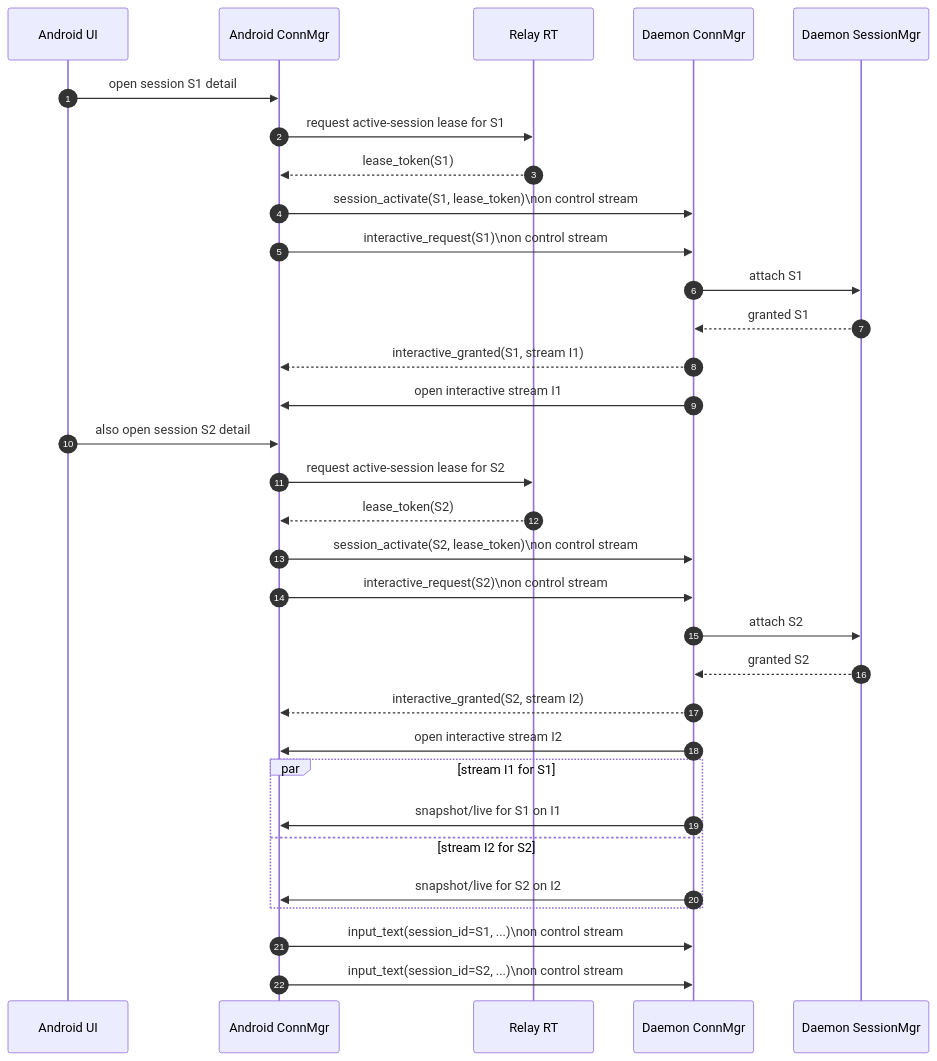
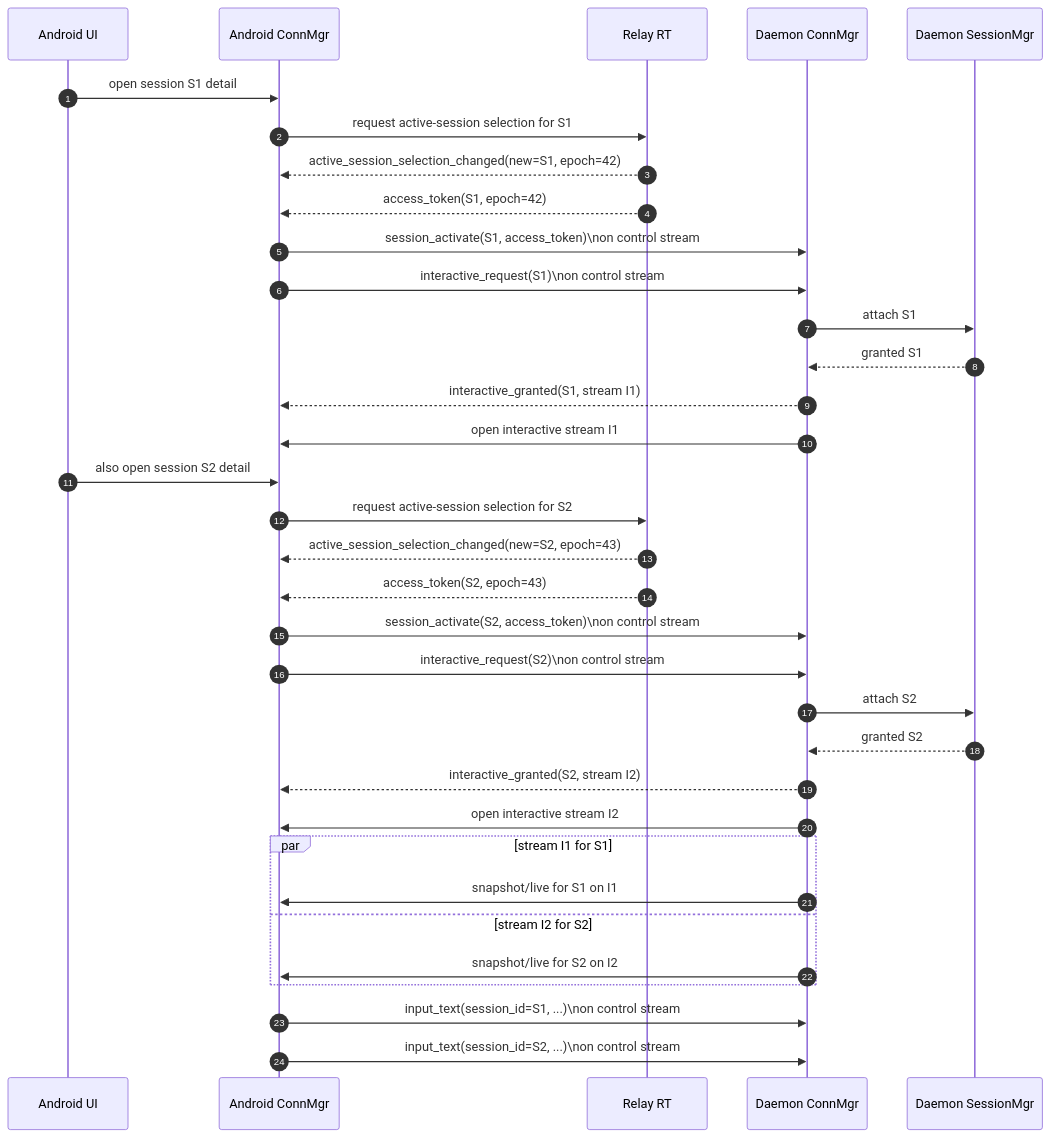
Before and after one commit to yuanbohan/agent-tunnel: the fifth of 7 diagrams in docs/connectivity/sequence-flows.md, drawn with Mermaid. The commit also changed other lines of this file and 11 other files, not shown here.

Commit message:
docs(connectivity): align account-level session selection

````diff
--- a/docs/connectivity/sequence-flows.md
+++ b/docs/connectivity/sequence-flows.md
@@ -237,38 +238,40 @@
 ```mermaid
 sequenceDiagram
     autonumber
     participant AndroidUI as Android UI
     participant AndroidConn as Android ConnMgr
     participant RelayRT as Relay RT
     participant DaemonConn as Daemon ConnMgr
     participant DaemonSess as Daemon SessionMgr
 
     AndroidUI->>AndroidConn: open session S1 detail
-    AndroidConn->>RelayRT: request active-session lease for S1
-    RelayRT-->>AndroidConn: lease_token(S1)
-    AndroidConn->>DaemonConn: session_activate(S1, lease_token)\non control stream
+    AndroidConn->>RelayRT: request active-session selection for S1
+    RelayRT-->>AndroidConn: active_session_selection_changed(new=S1, epoch=42)
+    RelayRT-->>AndroidConn: access_token(S1, epoch=42)
+    AndroidConn->>DaemonConn: session_activate(S1, access_token)\non control stream
     AndroidConn->>DaemonConn: interactive_request(S1)\non control stream
     DaemonConn->>DaemonSess: attach S1
     DaemonSess-->>DaemonConn: granted S1
     DaemonConn-->>AndroidConn: interactive_granted(S1, stream I1)
     DaemonConn->>AndroidConn: open interactive stream I1
 
     AndroidUI->>AndroidConn: also open session S2 detail
-    AndroidConn->>RelayRT: request active-session lease for S2
-    RelayRT-->>AndroidConn: lease_token(S2)
-    AndroidConn->>DaemonConn: session_activate(S2, lease_token)\non control stream
+    AndroidConn->>RelayRT: request active-session selection for S2
+    RelayRT-->>AndroidConn: active_session_selection_changed(new=S2, epoch=43)
+    RelayRT-->>AndroidConn: access_token(S2, epoch=43)
+    AndroidConn->>DaemonConn: session_activate(S2, access_token)\non control stream
     AndroidConn->>DaemonConn: interactive_request(S2)\non control stream
     DaemonConn->>DaemonSess: attach S2
     DaemonSess-->>DaemonConn: granted S2
     DaemonConn-->>AndroidConn: interactive_granted(S2, stream I2)
     DaemonConn->>AndroidConn: open interactive stream I2
 
     par stream I1 for S1
         DaemonConn->>AndroidConn: snapshot/live for S1 on I1
     and stream I2 for S2
         DaemonConn->>AndroidConn: snapshot/live for S2 on I2
     end
 
     AndroidConn->>DaemonConn: input_text(session_id=S1, ...)\non control stream
     AndroidConn->>DaemonConn: input_text(session_id=S2, ...)\non control stream
 ```
````
